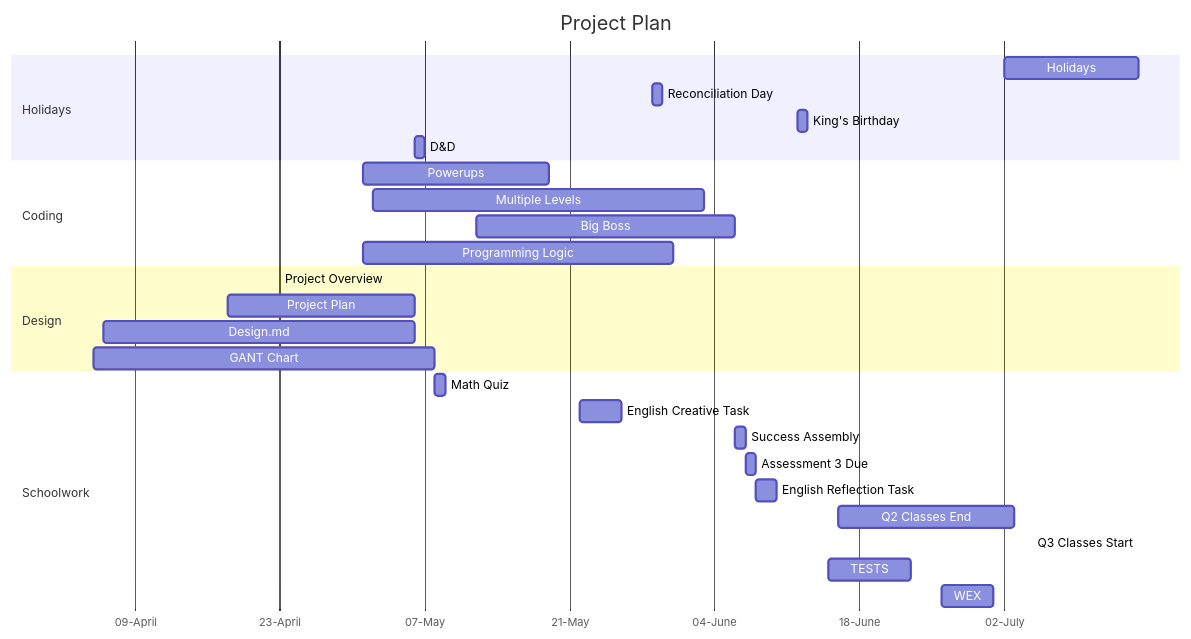
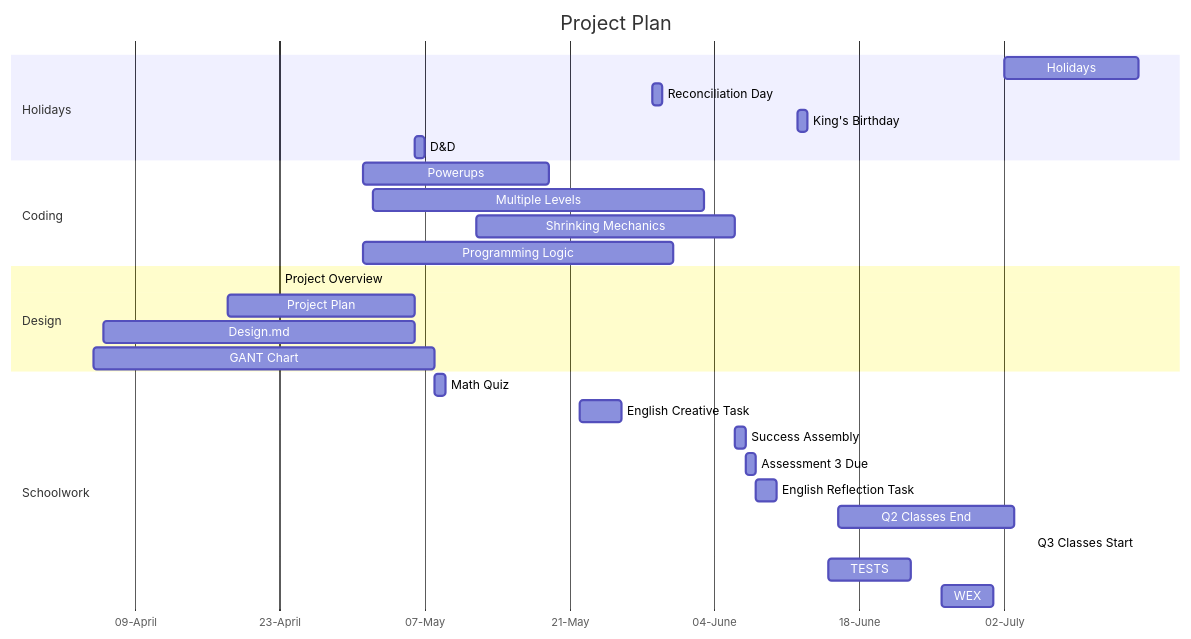
One commit to 0676693/Invade-Spacers changed the second of 2 diagrams in design.md. Above: the diagram before and after it, drawn with Mermaid. The commit also changed other lines of this file and 5 other files, not shown here.

````diff
--- a/design.md
+++ b/design.md
@@ -45,36 +45,36 @@
 ```mermaid
 gantt
     title Project Plan
 dateFormat DD-MM-YY
 axisFormat %d-%B
 tickInterval 2week
 
 section Holidays
 Holidays: 02-07-23, 15-07-23
 Reconciliation Day: 29-05-23, 1d
 King's Birthday: 12-06-23, 1d
 D&D: 06-05-23, 1d
 
 section Coding
 Powerups: 01-05-23, 19-05-23
 Multiple Levels: 02-05-23, 03-06-23
-Big Boss: 12-05-23, 06-06-23
+Shrinking Mechanics: 12-05-23, 06-06-23
 Programming Logic: 01-05-23, 30d
 
 section Design
 Project Overview:23-04-23, id
 Project Plan: 18-04-23, 06-05-23
 Design.md: 06-04-23, 06-05-23
 GANT Chart: 05-04-23, 08-05-23
 
 section Schoolwork
 Math Quiz: 08-05-23, 1d
 English Creative Task: 22-05-23, 26-05-23
 Success Assembly: 06-06-23, 1d
 Assessment 3 Due: 07-06-23, 08-06-23
 English Reflection Task: 08-06-23, 2d
 Q2 Classes End: 16-06-23, 03-07-23
 Q3 Classes Start: 15-07-23, 15-07-23
 TESTS: 15-06-23, 23-06-23
 WEX: 26-06-23, 01-07-23
 ```
````
